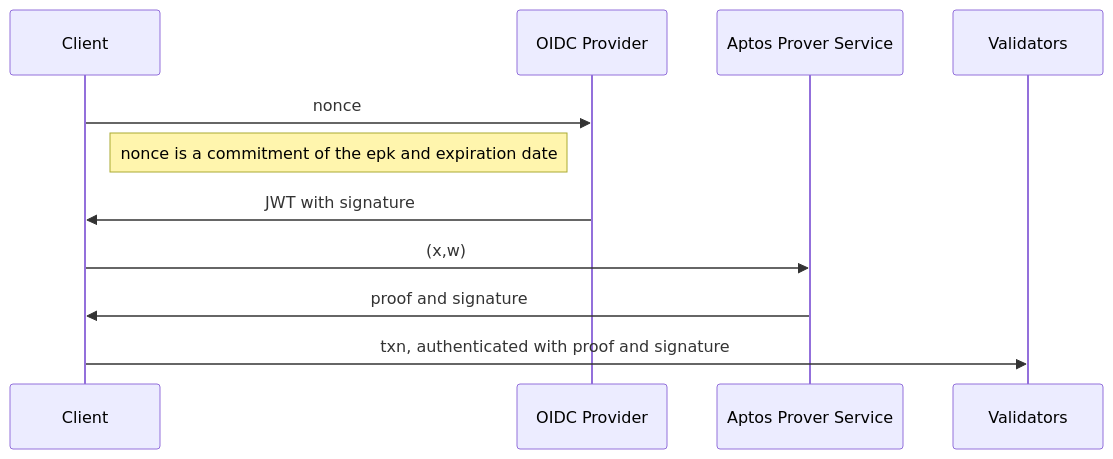
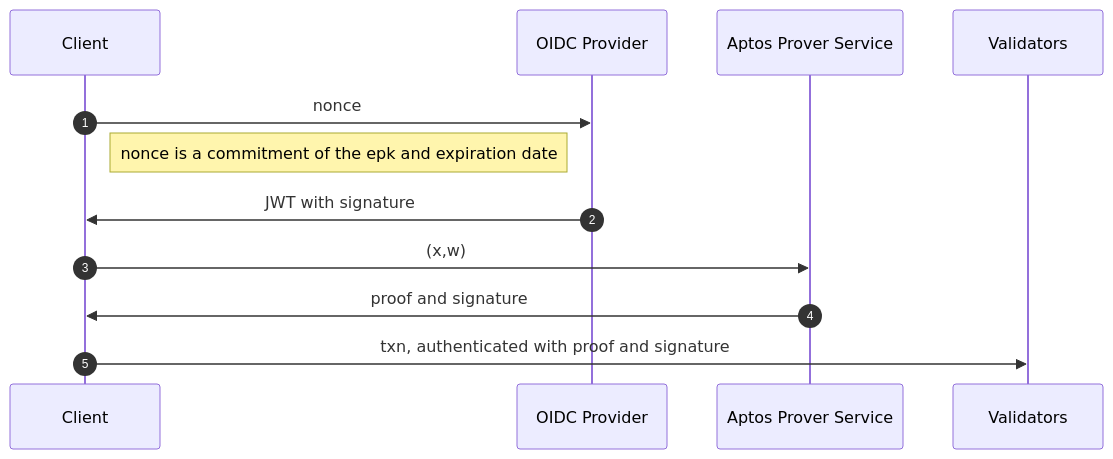
One commit to aptos-foundation/AIPs changed the diagram in aips/aip-x.md. Above: the diagram before and after it, drawn with Mermaid.

````diff
--- a/aips/aip-x.md
+++ b/aips/aip-x.md
@@ -89,9 +89,10 @@
 ```mermaid
 sequenceDiagram
+autonumber
 Client->>OIDC Provider: nonce
 Note left of OIDC Provider: nonce is a commitment of the epk and expiration date
 OIDC Provider->>Client: JWT with signature
 Client->>Aptos Prover Service: (x,w)
 Aptos Prover Service->>Client: proof and signature
 Client ->> Validators: txn, authenticated with proof and signature
 ```
````
